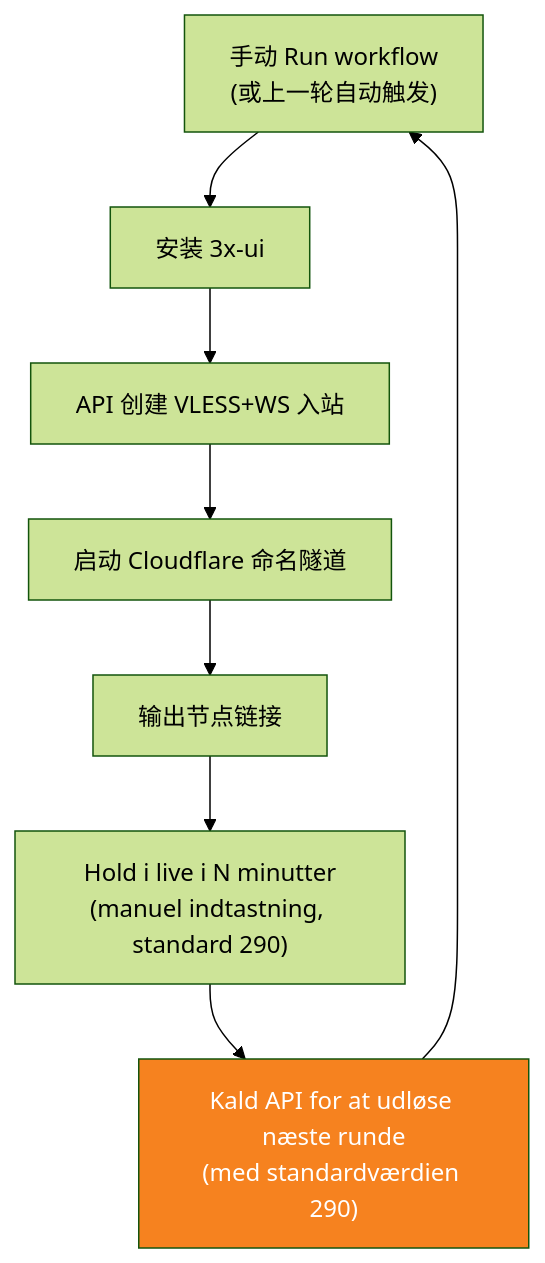
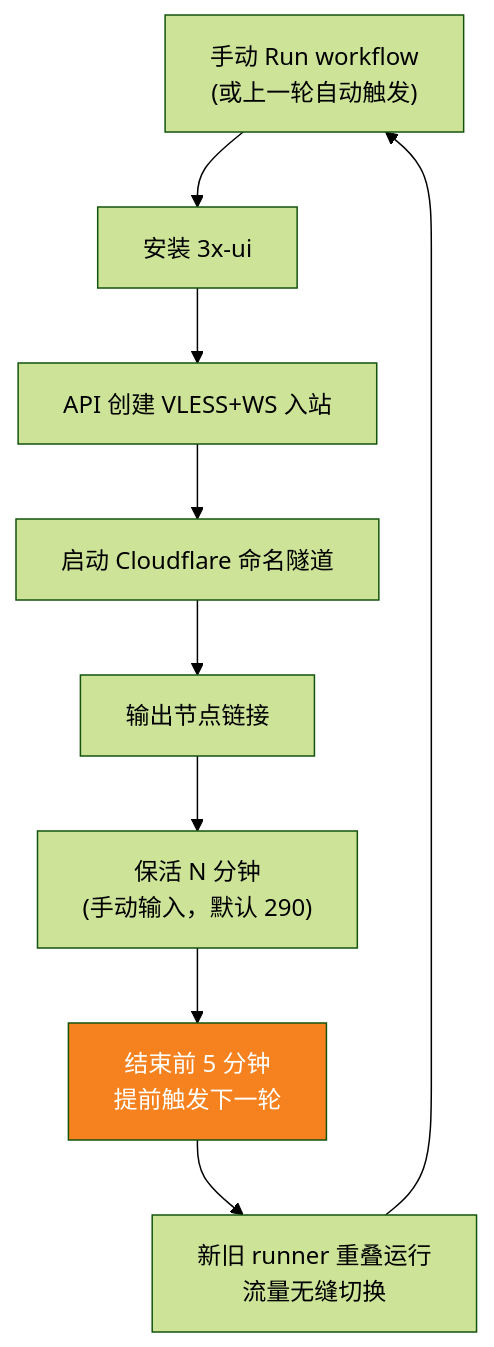
One commit to 1246437945/cloud-3xui changed the second of 3 diagrams in README.da.md. Above: the diagram before and after it, drawn with Mermaid (forest theme). The commit also changed other lines of this file, not shown here.

Commit message:
docs: overlapping startup

````diff
--- a/README.da.md
+++ b/README.da.md
@@ -30,12 +30,13 @@
 ```mermaid
 flowchart TD
     A["手动 Run workflow\n(或上一轮自动触发)"] --> B["安装 3x-ui"]
     B --> C["API 创建 VLESS+WS 入站"]
     C --> D["启动 Cloudflare 命名隧道"]
     D --> E["输出节点链接"]
-    E --> F["Hold i live i N minutter<br/>(manuel indtastning, standard 290)"]
-    F --> G["Kald API for at udløse næste runde<br/>(med standardværdien 290)"]
-    G --> A
+    E --> F["保活 N 分钟<br/>(手动输入，默认 290)"]
+    F --> G["结束前 5 分钟<br/>提前触发下一轮"]
+    G --> H["新旧 runner 重叠运行<br/>流量无缝切换"]
+    H --> A
 
     style G fill:#f6821f,color:#fff
 ```
````
